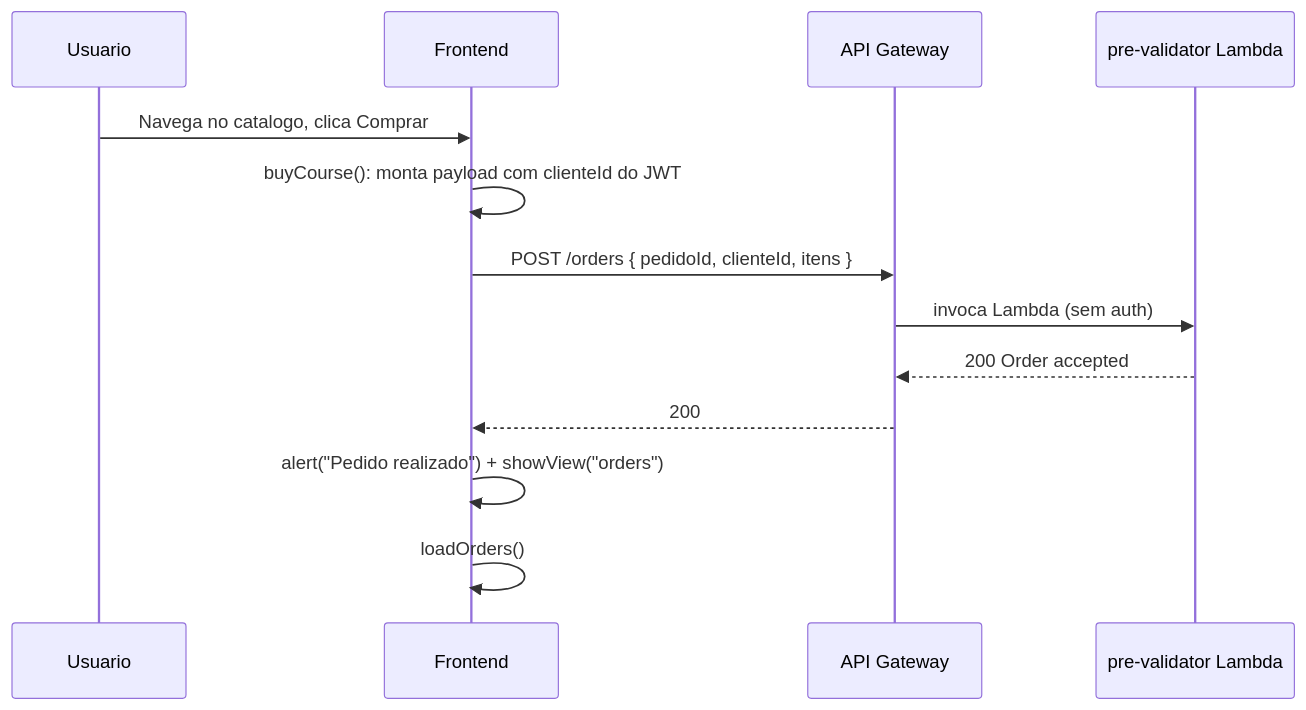
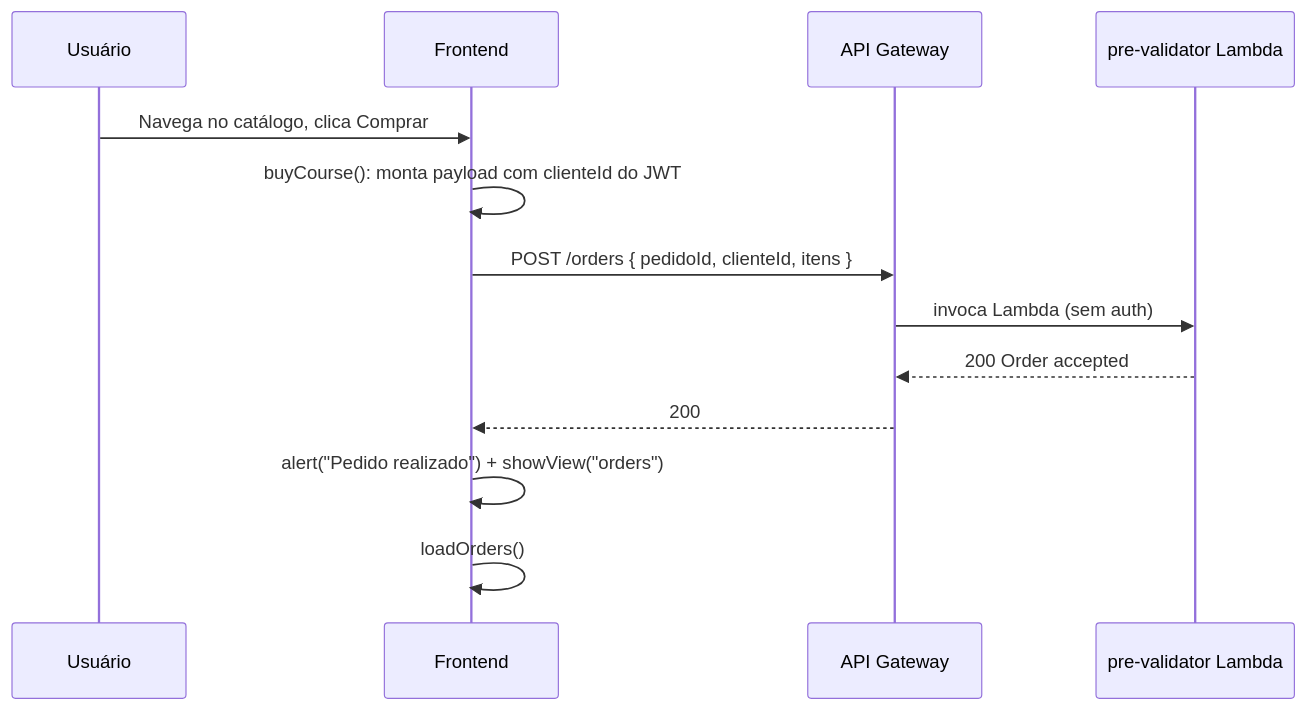
Before and after one commit to DessimA/aws-serverless-order-management: the second of 3 diagrams in docs/frontend.md, drawn with Mermaid. The commit also changed other lines of this file and 17 other files, not shown here.

Commit message:
docs: portfolio-oriented README, ARCHITECTURE.md, and PT-BR accent fixes

````diff
--- a/docs/frontend.md
+++ b/docs/frontend.md
@@ -70,16 +70,16 @@
 ```mermaid
 sequenceDiagram
-    participant U as Usuario
+    participant U as Usuário
     participant F as Frontend
     participant API as API Gateway
     participant P as pre-validator Lambda
 
-    U->>F: Navega no catalogo, clica Comprar
+    U->>F: Navega no catálogo, clica Comprar
     F->>F: buyCourse(): monta payload com clienteId do JWT
     F->>API: POST /orders { pedidoId, clienteId, itens }
     API->>P: invoca Lambda (sem auth)
     P-->>API: 200 Order accepted
     API-->>F: 200
     F->>F: alert("Pedido realizado") + showView("orders")
     F->>F: loadOrders()
 ```
````
